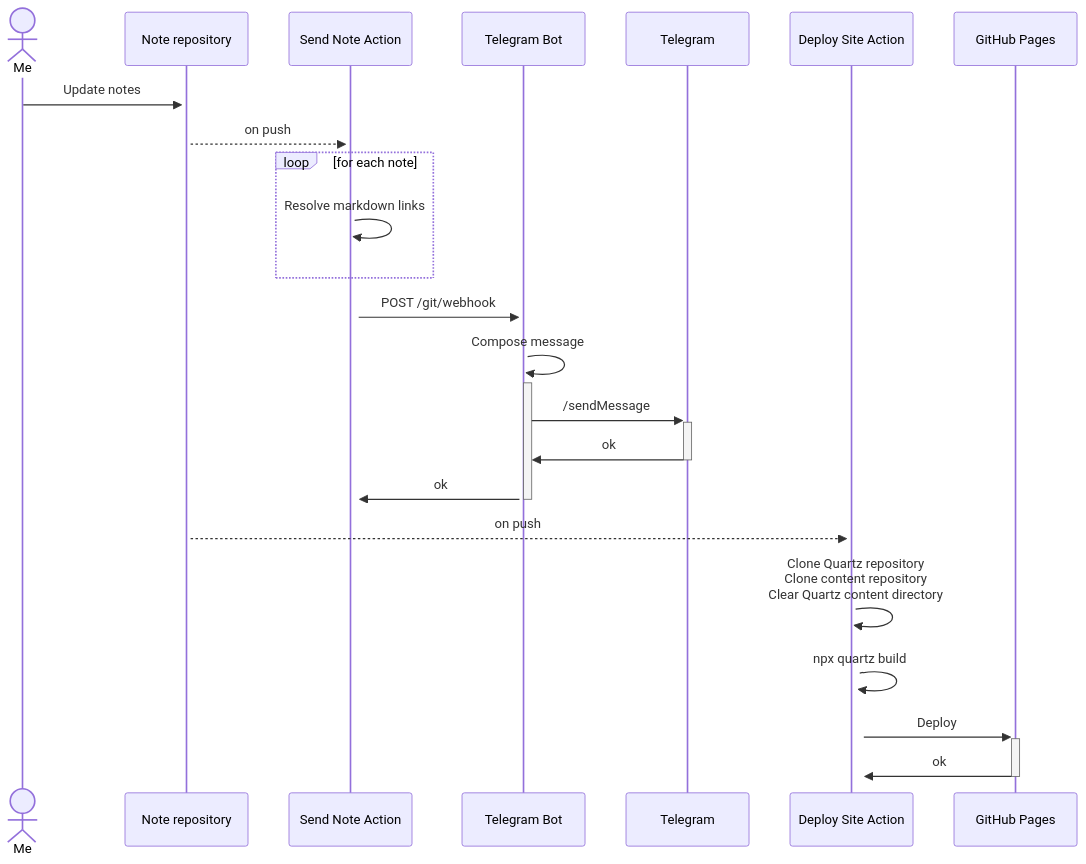
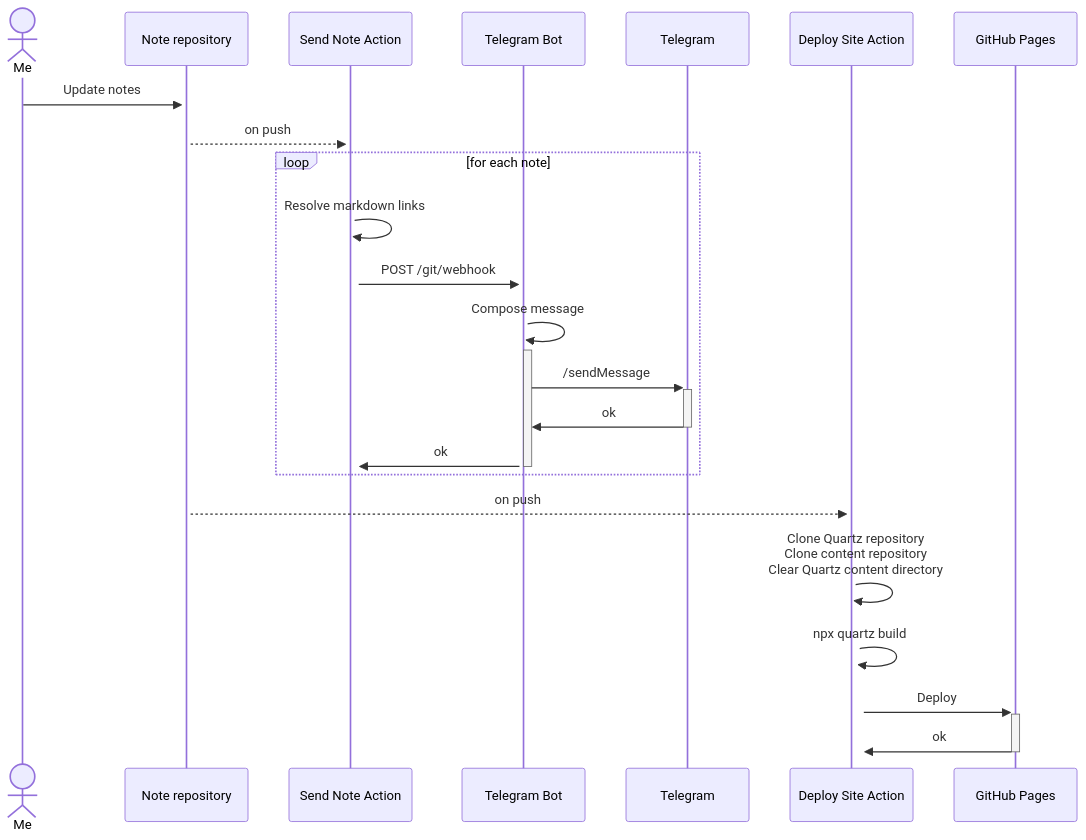
Before and after one commit to avvero/devirium: the diagram in 2024-07/How I Built Devirium.md, drawn with Mermaid.

````diff
--- a/2024-07/How I Built Devirium.md
+++ b/2024-07/How I Built Devirium.md
@@ -14,28 +14,28 @@
 ```mermaid
 sequenceDiagram
 
 Actor me as Me
 participant rep as Note repository
 participant send_note as Send Note Action
 participant bot as Telegram Bot
 participant tg as Telegram
 participant deploy as Deploy Site Action
 participant pages as GitHub Pages
 
 me ->>+ rep: Update notes
 rep -->>+ send_note: on push
 loop for each note
     send_note ->>+ send_note: Resolve markdown links  
+    send_note ->>+ bot: POST /git/webhook
+    bot ->>+ bot: Compose message
+    bot ->>+ tg: /sendMessage
+    tg ->>- bot: ok
+    bot ->>- send_note: ok
 end
-send_note ->>+ bot: POST /git/webhook
-bot ->>+ bot: Compose message
-bot ->>+ tg: /sendMessage
-tg ->>- bot: ok
-bot ->>- send_note: ok
 
 rep -->>+ deploy: on push
 deploy ->>+ deploy: Clone Quartz repository<br>Clone content repository<br>Clear Quartz content directory
 deploy ->>+ deploy: npx quartz build
 deploy ->>+ pages: Deploy
 pages ->>- deploy: ok
 ```
````
